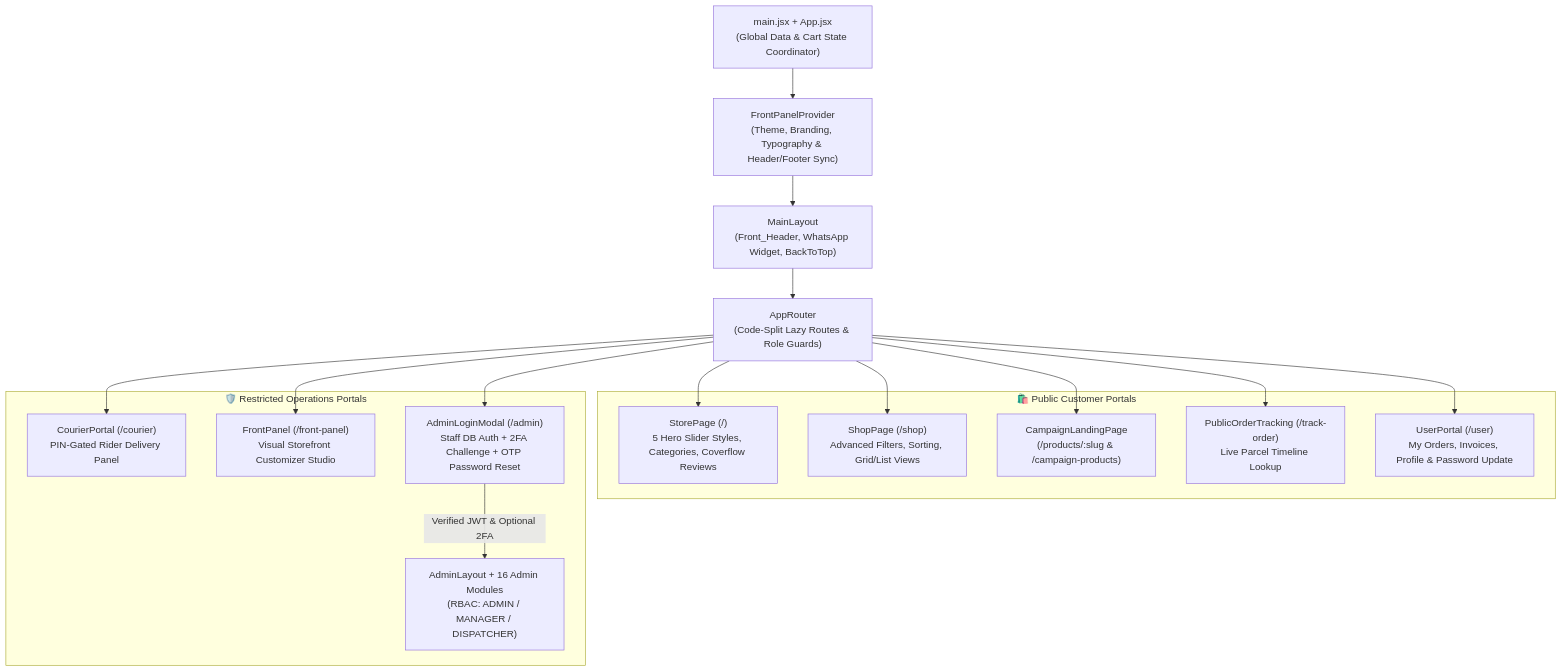
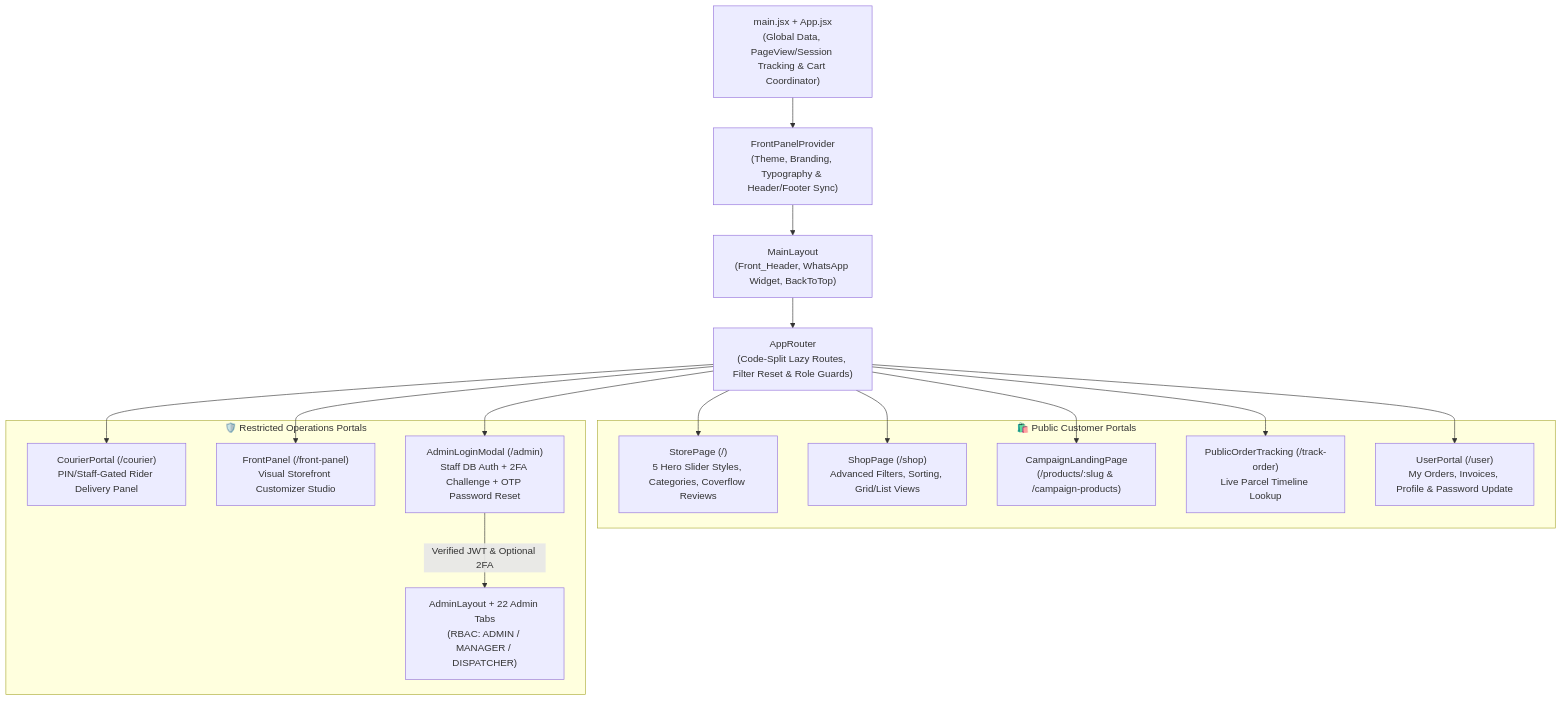
One commit to SayhamKayes/SKzCART-Ecommerce-site changed the first of 2 diagrams in README.md. Above: the diagram before and after it, drawn with Mermaid. The commit also changed other lines of this file, not shown here.

````diff
--- a/README.md
+++ b/README.md
@@ -27,31 +27,31 @@
 ```mermaid
 graph TB
-    Entry["main.jsx + App.jsx<br/>(Global Data & Cart State Coordinator)"] --> Provider["FrontPanelProvider<br/>(Theme, Branding, Typography & Header/Footer Sync)"]
+    Entry["main.jsx + App.jsx<br/>(Global Data, PageView/Session Tracking &amp; Cart Coordinator)"] --> Provider["FrontPanelProvider<br/>(Theme, Branding, Typography &amp; Header/Footer Sync)"]
     Provider --> Layout["MainLayout<br/>(Front_Header, WhatsApp Widget, BackToTop)"]
-    Layout --> Router["AppRouter<br/>(Code-Split Lazy Routes & Role Guards)"]
+    Layout --> Router["AppRouter<br/>(Code-Split Lazy Routes, Filter Reset &amp; Role Guards)"]
 
     subgraph Public_Portals["🛍️ Public Customer Portals"]
         Store["StorePage (/)<br/>5 Hero Slider Styles, Categories, Coverflow Reviews"]
         Shop["ShopPage (/shop)<br/>Advanced Filters, Sorting, Grid/List Views"]
-        Landing["CampaignLandingPage<br/>(/products/:slug & /campaign-products)"]
+        Landing["CampaignLandingPage<br/>(/products/:slug &amp; /campaign-products)"]
         Track["PublicOrderTracking (/track-order)<br/>Live Parcel Timeline Lookup"]
-        UserPortal["UserPortal (/user)<br/>My Orders, Invoices, Profile & Password Update"]
+        UserPortal["UserPortal (/user)<br/>My Orders, Invoices, Profile &amp; Password Update"]
     end
 
     subgraph Restricted_Portals["🛡️ Restricted Operations Portals"]
-        CourierPortal["CourierPortal (/courier)<br/>PIN-Gated Rider Delivery Panel"]
+        CourierPortal["CourierPortal (/courier)<br/>PIN/Staff-Gated Rider Delivery Panel"]
         FrontPanel["FrontPanel (/front-panel)<br/>Visual Storefront Customizer Studio"]
         AdminGate["AdminLoginModal (/admin)<br/>Staff DB Auth + 2FA Challenge + OTP Password Reset"]
-        AdminDash["AdminLayout + 16 Admin Modules<br/>(RBAC: ADMIN / MANAGER / DISPATCHER)"]
+        AdminDash["AdminLayout + 22 Admin Tabs<br/>(RBAC: ADMIN / MANAGER / DISPATCHER)"]
     end
 
     Router --> Store
     Router --> Shop
     Router --> Landing
     Router --> Track
     Router --> UserPortal
     Router --> CourierPortal
     Router --> FrontPanel
     Router --> AdminGate
-    AdminGate -->|Verified JWT & Optional 2FA| AdminDash
+    AdminGate -->|Verified JWT &amp; Optional 2FA| AdminDash
 ```
````
